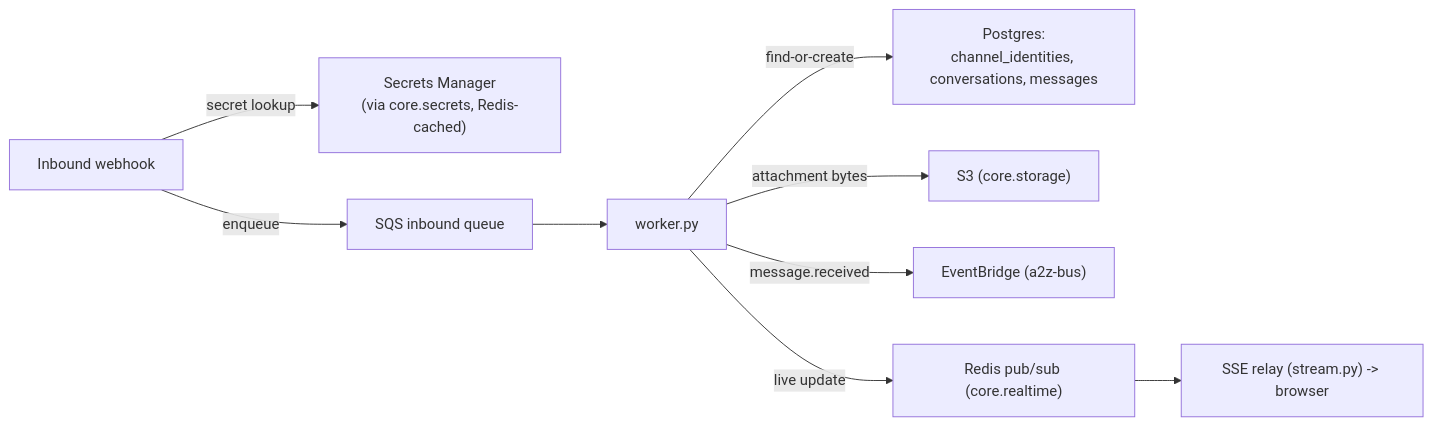
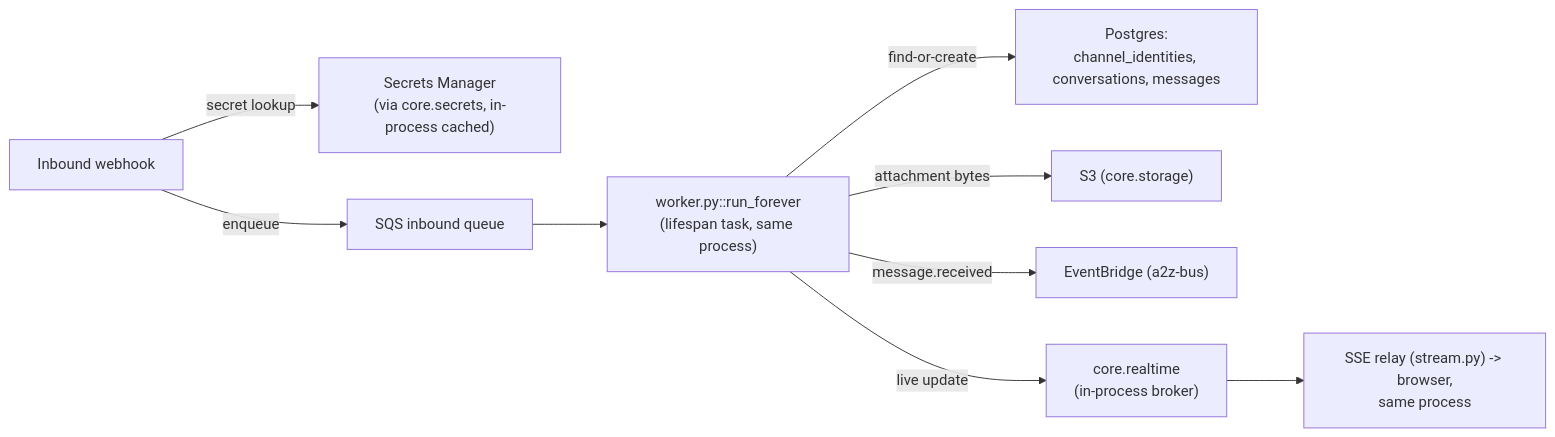
The fourth of 4 diagrams in docs/architecture/data-flow.md (RafaelOjeda/A2Z-Core), drawn with Mermaid before and after one commit. The commit also changed other lines of this file and 32 other files, not shown here.

````diff
--- a/docs/architecture/data-flow.md
+++ b/docs/architecture/data-flow.md
@@ -132,11 +134,11 @@
 ```mermaid
 flowchart LR
-    Webhook["Inbound webhook"] -->|"secret lookup"| SM["Secrets Manager\n(via core.secrets, Redis-cached)"]
+    Webhook["Inbound webhook"] -->|"secret lookup"| SM["Secrets Manager\n(via core.secrets, in-process cached)"]
     Webhook -->|"enqueue"| SQSIn["SQS inbound queue"]
-    SQSIn --> Worker["worker.py"]
+    SQSIn --> Worker["worker.py::run_forever\n(lifespan task, same process)"]
     Worker -->|"find-or-create"| PG["Postgres:\nchannel_identities, conversations, messages"]
     Worker -->|"attachment bytes"| S3F["S3 (core.storage)"]
     Worker -->|"message.received"| EB["EventBridge (a2z-bus)"]
-    Worker -->|"live update"| RedisPS["Redis pub/sub (core.realtime)"]
-    RedisPS --> SSE["SSE relay (stream.py) -> browser"]
+    Worker -->|"live update"| RT["core.realtime\n(in-process broker)"]
+    RT --> SSE["SSE relay (stream.py) -> browser,\nsame process"]
 ```
````
